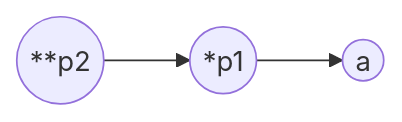
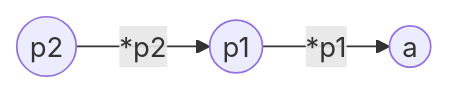
Before and after one commit to qffa/personalnote: the diagram in Dev/C/04.指针与函数/03.多级指针.md, drawn with Mermaid. The commit also changed other lines of this file and 2 other files, not shown here.

````diff
--- a/Dev/C/04.指针与函数/03.多级指针.md
+++ b/Dev/C/04.指针与函数/03.多级指针.md
@@ -50,5 +50,5 @@
 ```mermaid
 graph LR
-  id1((**p2)) --> id2((*p1))
-  id2((*p1)) --> id3((a))
+  id1((p2)) --*p2--> id2((p1))
+  id2((p1)) --*p1--> id3((a))
 ```
````
